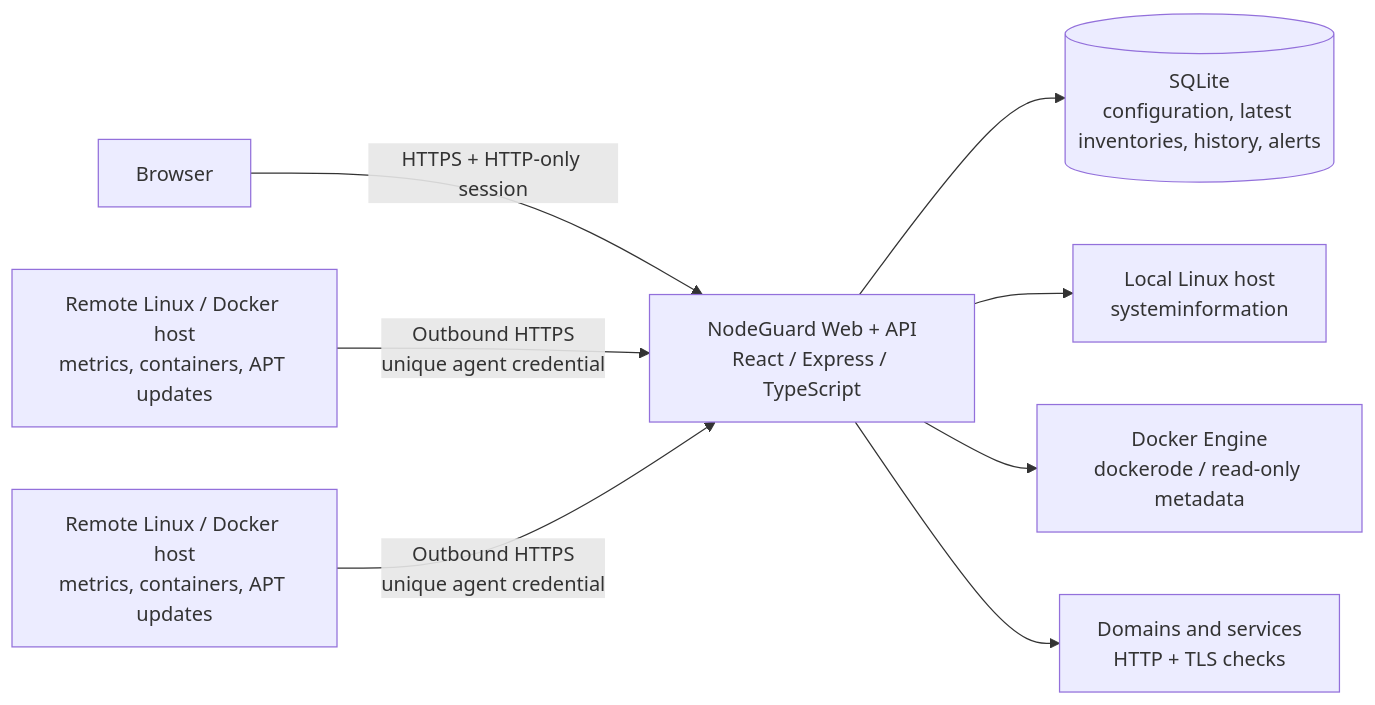
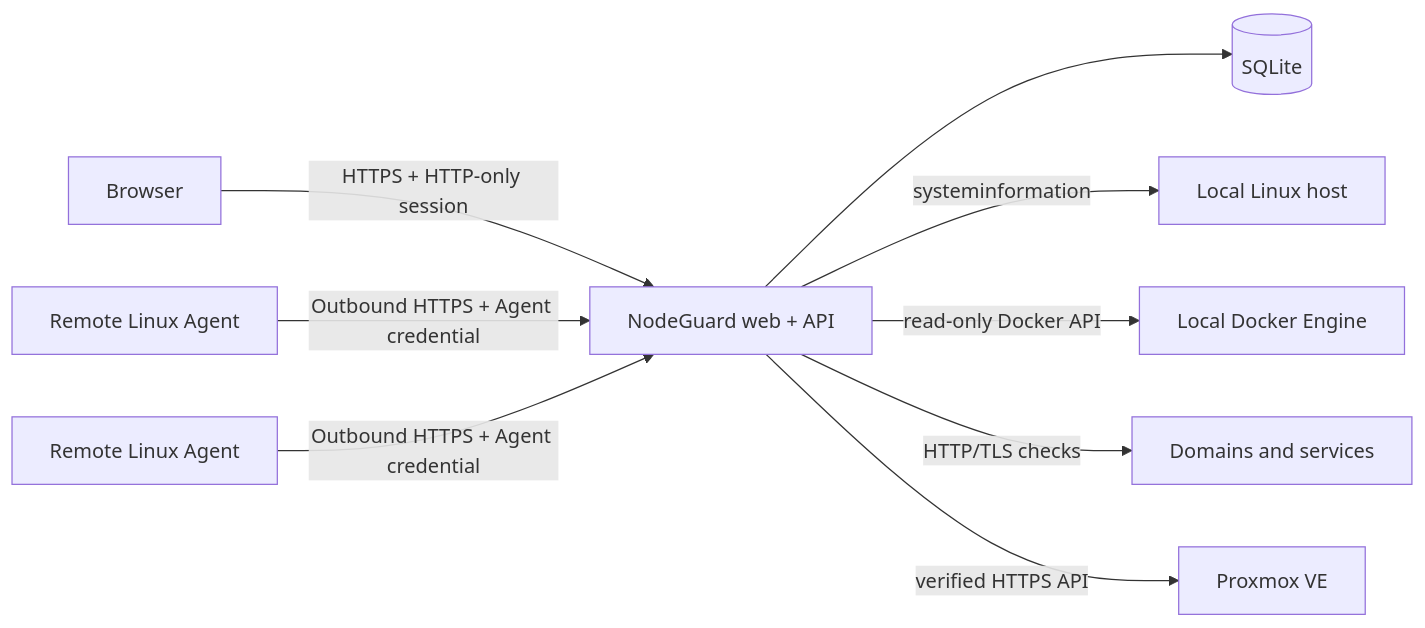
One commit to HackintoshMatrix7132/NodeGuard changed the diagram in README.md. Above: the diagram before and after it, drawn with Mermaid. The commit also changed other lines of this file, not shown here.

Commit message:
docs: refresh README for current architecture

````diff
--- a/README.md
+++ b/README.md
@@ -207,11 +159,11 @@
 ```mermaid
 flowchart LR
-    B[Browser] -->|HTTPS + HTTP-only session| A["NodeGuard Web + API<br/>React / Express / TypeScript"]
-
-    A --> DB[("SQLite<br/>configuration, latest inventories, history, alerts")]
-    A --> LH["Local Linux host<br/>systeminformation"]
-    A --> D["Docker Engine<br/>dockerode / read-only metadata"]
-    A --> H["Domains and services<br/>HTTP + TLS checks"]
-    R1[Remote Linux / Docker host<br/>metrics, containers, APT updates] -->|Outbound HTTPS<br/>unique agent credential| A
-    R2[Remote Linux / Docker host<br/>metrics, containers, APT updates] -->|Outbound HTTPS<br/>unique agent credential| A
+    Browser[Browser] -->|HTTPS + HTTP-only session| App[NodeGuard web + API]
+    App --> SQLite[(SQLite)]
+    App -->|systeminformation| Local[Local Linux host]
+    App -->|read-only Docker API| Docker[Local Docker Engine]
+    App -->|HTTP/TLS checks| Services[Domains and services]
+    App -->|verified HTTPS API| Proxmox[Proxmox VE]
+    Agent1[Remote Linux Agent] -->|Outbound HTTPS + Agent credential| App
+    Agent2[Remote Linux Agent] -->|Outbound HTTPS + Agent credential| App
 ```
````
